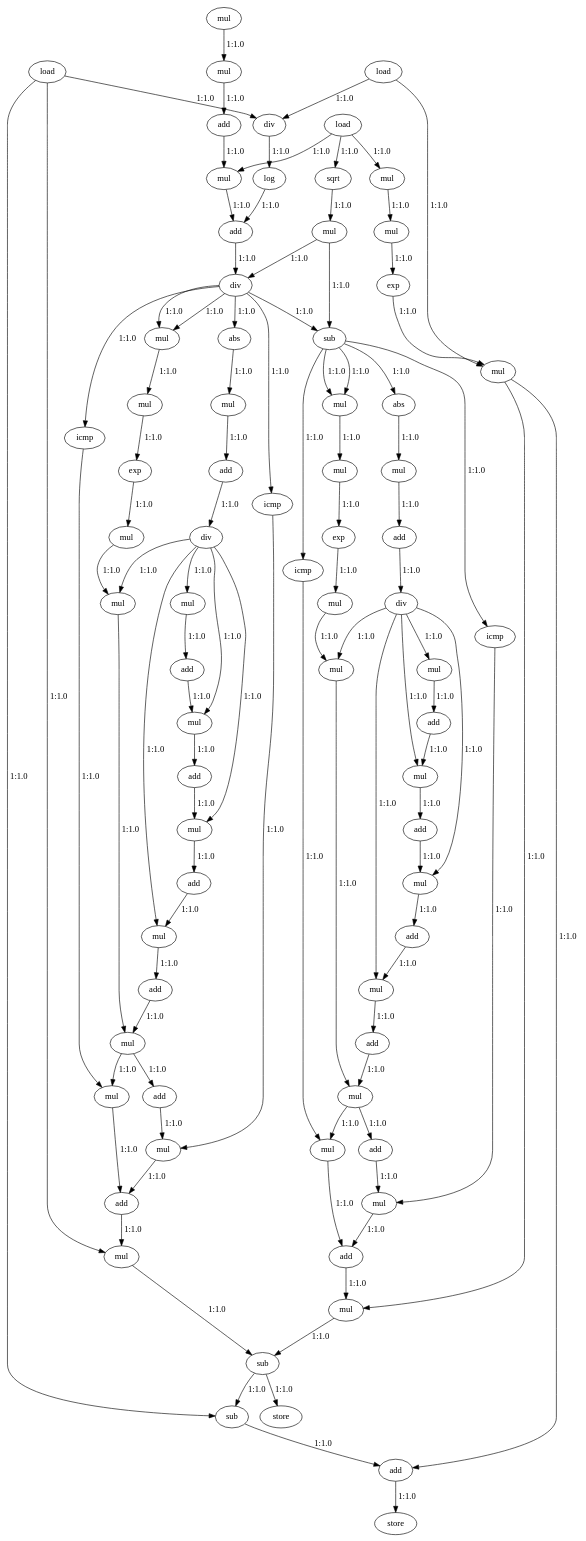
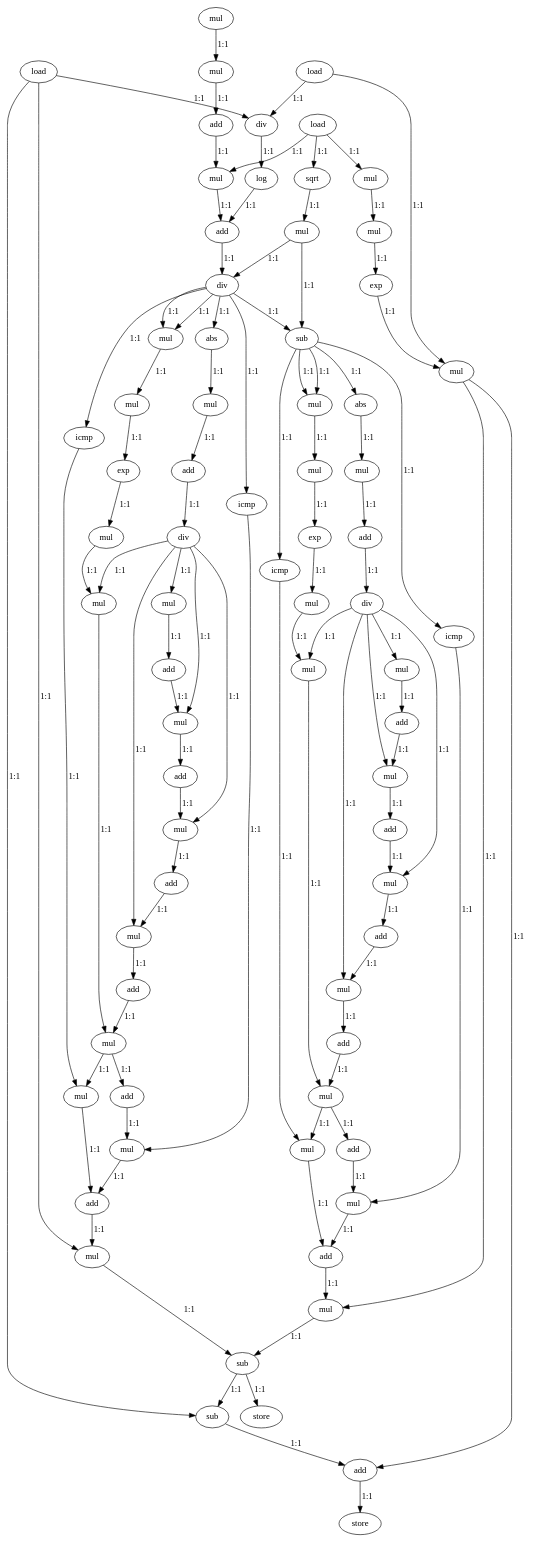
The diagram in large_dfgs/BlackScholes.dot (nikhilsambhus/DFGprop), drawn with Graphviz before and after one commit.

Commit message:
changed labels to 1:1

```diff
--- a/large_dfgs/BlackScholes.dot
+++ b/large_dfgs/BlackScholes.dot
@@ -1,174 +1,174 @@
 digraph {
   0 [label="mul"];
   1 [label="load"];
   2 [label="mul"];
   3 [label="load"];
   4 [label="div"];
   5 [label="add"];
   6 [label="load"];
   7 [label="log"];
   8 [label="mul"];
   9 [label="sqrt"];
   10 [label="mul"];
   11 [label="add"];
   12 [label="mul"];
   13 [label="mul"];
   14 [label="div"];
   15 [label="exp"];
   16 [label="mul"];
   17 [label="abs"];
   18 [label="sub"];
   19 [label="mul"];
   20 [label="mul"];
   21 [label="abs"];
   22 [label="mul"]
   23 [label="exp"];
   24 [label="add"];
   25 [label="mul"];
   26 [label="mul"];
   27 [label="mul"];
   28 [label="div"];
   29 [label="add"];
   30 [label="exp"];
   31 [label="mul"];
   32 [label="mul"];
   33 [label="div"];
   34 [label="mul"];
   35 [label="add"];
   36 [label="mul"];
   37 [label="mul"];
   38 [label="icmp"];
   39 [label="mul"];
   40 [label="add"];
   41 [label="add"];
   42 [label="icmp"];
   43 [label="mul"];
   44 [label="mul"];
   45 [label="icmp"];
   46 [label="add"];
   47 [label="add"];
   48 [label="icmp"];
   49 [label="mul"];
   50 [label="mul"];
   51 [label="add"];
   52 [label="add"];
   53 [label="mul"];
   54 [label="mul"];
   55 [label="add"];
   56 [label="mul"];
   57 [label="add"];
   58 [label="mul"];
   59 [label="mul"];
   60 [label="mul"];
   61 [label="mul"];
   62 [label="add"];
   63 [label="add"];
   64 [label="mul"];
   65 [label="mul"];
   66 [label="add"];
   67 [label="mul"];
   68 [label="sub"];
   69 [label="sub"];
   70 [label="store"];
   71 [label="add"];
   72 [label="store"];
 
-  4->7 [label="1:1.0"];
-  5->8 [label="1:1.0"];
-  6->8 [label="1:1.0"];
-  6->9 [label="1:1.0"];
-  6->10 [label="1:1.0"];
-  7->11 [label="1:1.0"];
-  8->11 [label="1:1.0"];
-  9->12 [label="1:1.0"];
-  10->13 [label="1:1.0"];
-  11->14 [label="1:1.0"];
-  12->14 [label="1:1.0"];
-  12->18 [label="1:1.0"];
-  13->15 [label="1:1.0"];
-  14->38 [label="1:1.0"];
-  14->16 [label="1:1.0"];
-  14->16 [label="1:1.0"];
-  14->17 [label="1:1.0"];
-  14->18 [label="1:1.0"];
-  14->42 [label="1:1.0"];
-  15->56 [label="1:1.0"];
-  16->19 [label="1:1.0"];
-  17->20 [label="1:1.0"];
-  18->48 [label="1:1.0"];
-  18->45 [label="1:1.0"];
-  18->21 [label="1:1.0"];
-  18->22 [label="1:1.0"];
-  18->22 [label="1:1.0"];
-  19->23 [label="1:1.0"];
-  20->24 [label="1:1.0"];
-  21->25 [label="1:1.0"];
-  22->26 [label="1:1.0"];
-  23->27 [label="1:1.0"];
-  24->28 [label="1:1.0"];
-  25->29 [label="1:1.0"];
-  26->30 [label="1:1.0"];
-  27->31 [label="1:1.0"];
-  28->31 [label="1:1.0"];
-  28->50 [label="1:1.0"];
-  28->44 [label="1:1.0"];
-  28->39 [label="1:1.0"];
-  28->32 [label="1:1.0"];
-  29->33 [label="1:1.0"];
-  30->34 [label="1:1.0"];
-  31->54 [label="1:1.0"];
-  32->35 [label="1:1.0"];
-  33->36 [label="1:1.0"];
-  33->43 [label="1:1.0"];
-  33->49 [label="1:1.0"];
-  33->53 [label="1:1.0"];
-  33->37 [label="1:1.0"];
-  34->37 [label="1:1.0"];
-  35->39 [label="1:1.0"];
-  36->40 [label="1:1.0"];
-  37->59 [label="1:1.0"];
-  38->60 [label="1:1.0"];
-  39->41 [label="1:1.0"];
-  40->43 [label="1:1.0"];
-  41->44 [label="1:1.0"];
-  42->58 [label="1:1.0"];
-  43->46 [label="1:1.0"];
-  44->47 [label="1:1.0"];
-  45->64 [label="1:1.0"];
-  46->49 [label="1:1.0"];
-  47->50 [label="1:1.0"];
-  48->61 [label="1:1.0"];
-  49->51 [label="1:1.0"];
-  50->52 [label="1:1.0"];
-  51->53 [label="1:1.0"];
-  52->54 [label="1:1.0"];
-  53->55 [label="1:1.0"];
-  54->57 [label="1:1.0"];
-  54->58 [label="1:1.0"];
-  55->59 [label="1:1.0"];
-  56->67 [label="1:1.0"];
-  56->71 [label="1:1.0"];
-  57->60 [label="1:1.0"];
-  58->63 [label="1:1.0"];
-  59->61 [label="1:1.0"];
-  59->62 [label="1:1.0"];
-  60->63 [label="1:1.0"];
-  61->66 [label="1:1.0"];
-  62->64 [label="1:1.0"];
-  63->65 [label="1:1.0"];
-  64->66 [label="1:1.0"];
-  65->68 [label="1:1.0"];
-  66->67 [label="1:1.0"];
-  67->68 [label="1:1.0"];
-  68->69 [label="1:1.0"];
-  68->70 [label="1:1.0"];
-  69->71 [label="1:1.0"];
-  71->72 [label="1:1.0"];
-  0->2 [label="1:1.0"];
-  1->69 [label="1:1.0"];
-  1->65 [label="1:1.0"];
-  1->4 [label="1:1.0"];
-  2->5 [label="1:1.0"];
-  3->4 [label="1:1.0"];
-  3->56 [label="1:1.0"];
+  4->7 [label="1:1"];
+  5->8 [label="1:1"];
+  6->8 [label="1:1"];
+  6->9 [label="1:1"];
+  6->10 [label="1:1"];
+  7->11 [label="1:1"];
+  8->11 [label="1:1"];
+  9->12 [label="1:1"];
+  10->13 [label="1:1"];
+  11->14 [label="1:1"];
+  12->14 [label="1:1"];
+  12->18 [label="1:1"];
+  13->15 [label="1:1"];
+  14->38 [label="1:1"];
+  14->16 [label="1:1"];
+  14->16 [label="1:1"];
+  14->17 [label="1:1"];
+  14->18 [label="1:1"];
+  14->42 [label="1:1"];
+  15->56 [label="1:1"];
+  16->19 [label="1:1"];
+  17->20 [label="1:1"];
+  18->48 [label="1:1"];
+  18->45 [label="1:1"];
+  18->21 [label="1:1"];
+  18->22 [label="1:1"];
+  18->22 [label="1:1"];
+  19->23 [label="1:1"];
+  20->24 [label="1:1"];
+  21->25 [label="1:1"];
+  22->26 [label="1:1"];
+  23->27 [label="1:1"];
+  24->28 [label="1:1"];
+  25->29 [label="1:1"];
+  26->30 [label="1:1"];
+  27->31 [label="1:1"];
+  28->31 [label="1:1"];
+  28->50 [label="1:1"];
+  28->44 [label="1:1"];
+  28->39 [label="1:1"];
+  28->32 [label="1:1"];
+  29->33 [label="1:1"];
+  30->34 [label="1:1"];
+  31->54 [label="1:1"];
+  32->35 [label="1:1"];
+  33->36 [label="1:1"];
+  33->43 [label="1:1"];
+  33->49 [label="1:1"];
+  33->53 [label="1:1"];
+  33->37 [label="1:1"];
+  34->37 [label="1:1"];
+  35->39 [label="1:1"];
+  36->40 [label="1:1"];
+  37->59 [label="1:1"];
+  38->60 [label="1:1"];
+  39->41 [label="1:1"];
+  40->43 [label="1:1"];
+  41->44 [label="1:1"];
+  42->58 [label="1:1"];
+  43->46 [label="1:1"];
+  44->47 [label="1:1"];
+  45->64 [label="1:1"];
+  46->49 [label="1:1"];
+  47->50 [label="1:1"];
+  48->61 [label="1:1"];
+  49->51 [label="1:1"];
+  50->52 [label="1:1"];
+  51->53 [label="1:1"];
+  52->54 [label="1:1"];
+  53->55 [label="1:1"];
+  54->57 [label="1:1"];
+  54->58 [label="1:1"];
+  55->59 [label="1:1"];
+  56->67 [label="1:1"];
+  56->71 [label="1:1"];
+  57->60 [label="1:1"];
+  58->63 [label="1:1"];
+  59->61 [label="1:1"];
+  59->62 [label="1:1"];
+  60->63 [label="1:1"];
+  61->66 [label="1:1"];
+  62->64 [label="1:1"];
+  63->65 [label="1:1"];
+  64->66 [label="1:1"];
+  65->68 [label="1:1"];
+  66->67 [label="1:1"];
+  67->68 [label="1:1"];
+  68->69 [label="1:1"];
+  68->70 [label="1:1"];
+  69->71 [label="1:1"];
+  71->72 [label="1:1"];
+  0->2 [label="1:1"];
+  1->69 [label="1:1"];
+  1->65 [label="1:1"];
+  1->4 [label="1:1"];
+  2->5 [label="1:1"];
+  3->4 [label="1:1"];
+  3->56 [label="1:1"];
 }
```
